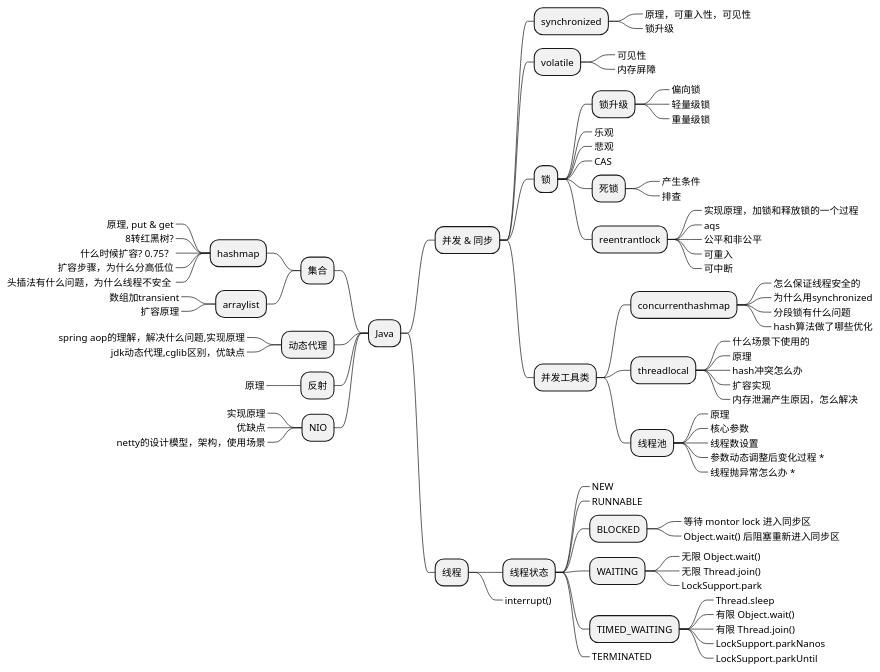
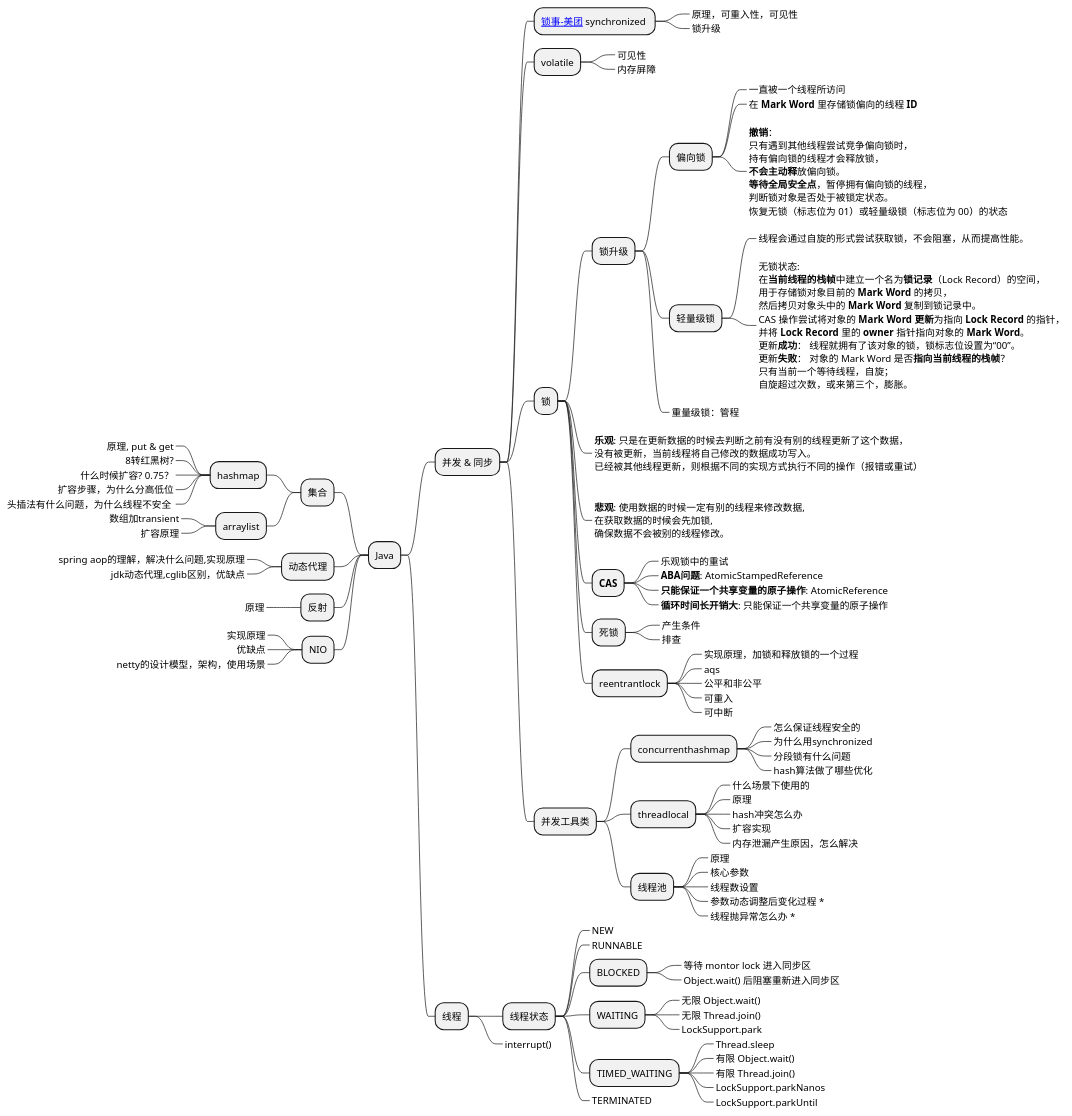
One commit to Gh0st99/Gh0st99.github.io changed the first of 11 diagrams in _posts/2021-05-27-查漏补缺.md. Above: the diagram before and after it, drawn with PlantUML. The commit also changed other lines of this file and 2 other files, not shown here.

Commit message:
查漏补缺

```diff
--- a/_posts/2021-05-27-查漏补缺.md
+++ b/_posts/2021-05-27-查漏补缺.md
@@ -15,7 +15,7 @@
 
 ** 并发 & 同步
 
-*** synchronized
+*** [[https://tech.meituan.com/2018/11/15/java-lock.html 锁事-美团]] synchronized 
 ****_ 原理，可重入性，可见性
 ****_ 锁升级
 
@@ -25,13 +25,49 @@
 
 *** 锁
 **** 锁升级
-*****_ 偏向锁
-*****_ 轻量级锁
-*****_ 重量级锁
+***** 偏向锁
+******_ 一直被一个线程所访问
+******_ 在 **Mark Word** 里存储锁偏向的线程 **ID**
+******_: 
+**撤销**：
+只有遇到其他线程尝试竞争偏向锁时，
+持有偏向锁的线程才会释放锁，
+**不会主动释**放偏向锁。
+**等待全局安全点**，暂停拥有偏向锁的线程，
+判断锁对象是否处于被锁定状态。
+恢复无锁（标志位为 01）或轻量级锁（标志位为 00）的状态
+;
+***** 轻量级锁
+******_ 线程会通过自旋的形式尝试获取锁，不会阻塞，从而提高性能。
+******_: 
+无锁状态: 
+在**当前线程的栈帧**中建立一个名为**锁记录**（Lock Record）的空间，
+用于存储锁对象目前的 **Mark Word** 的拷贝，
+然后拷贝对象头中的 **Mark Word** 复制到锁记录中。
+CAS 操作尝试将对象的 **Mark Word** **更新**为指向 **Lock Record** 的指针，
+并将 **Lock Record** 里的 **owner** 指针指向对象的 **Mark Word**。
+更新**成功**： 线程就拥有了该对象的锁，锁标志位设置为“00”。
+更新**失败**： 对象的 Mark Word 是否**指向当前线程的栈帧**？
+只有当前一个等待线程，自旋；
+自旋超过次数，或来第三个，膨胀。
+;
+*****_ 重量级锁：管程
 
-****_ 乐观
-****_ 悲观
-****_ CAS
+****_: 
+**乐观**: 只是在更新数据的时候去判断之前有没有别的线程更新了这个数据，
+没有被更新，当前线程将自己修改的数据成功写入。
+已经被其他线程更新，则根据不同的实现方式执行不同的操作（报错或重试）
+;
+****_: 
+**悲观**: 使用数据的时候一定有别的线程来修改数据,
+在获取数据的时候会先加锁,
+确保数据不会被别的线程修改。
+;
+**** **CAS**
+*****_ 乐观锁中的重试
+*****_ **ABA问题**: AtomicStampedReference
+*****_ **只能保证一个共享变量的原子操作**: AtomicReference
+*****_ **循环时间长开销大**: 只能保证一个共享变量的原子操作
 **** 死锁
 *****_ 产生条件
 *****_ 排查
```
